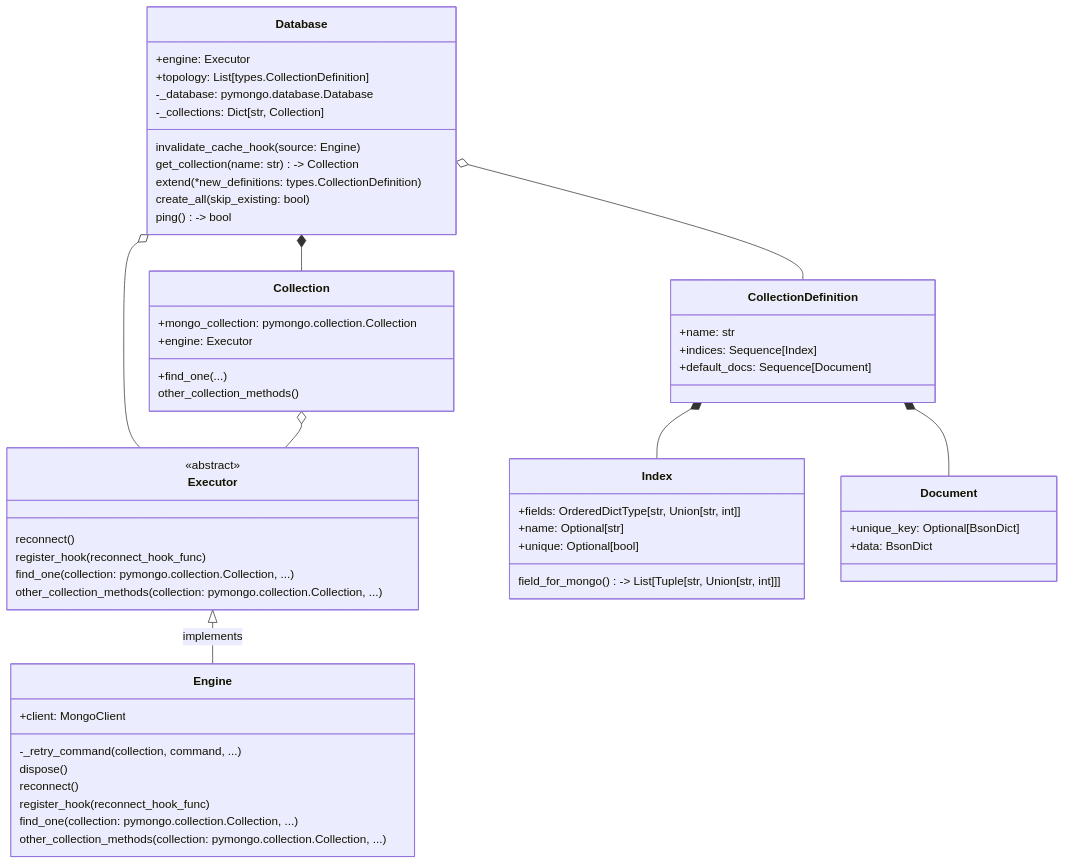
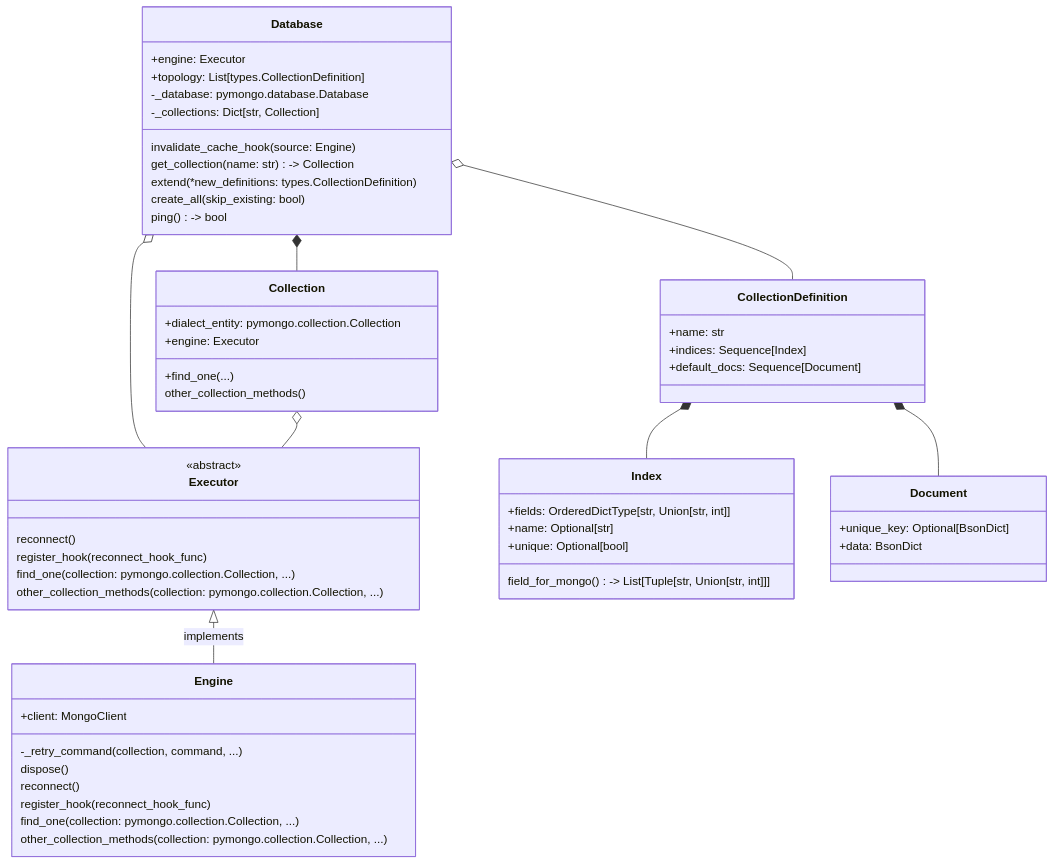
The diagram in README.md (Ryu-CZ/mongomancy), drawn with Mermaid before and after one commit. The commit also changed 5 other files, not shown here.

````diff
--- a/README.md
+++ b/README.md
@@ -13,65 +13,65 @@
 ```mermaid
     classDiagram
         Executor <|-- Engine : implements
         Database o-- Executor
         Database *-- Collection
         Database o-- CollectionDefinition
         Collection o-- Executor
         CollectionDefinition *-- Index
         CollectionDefinition *-- Document
         
         class Executor{
             <<abstract>>
             reconnect()
             register_hook(reconnect_hook_func)
             find_one(collection: pymongo.collection.Collection, ...)
             other_collection_methods(collection: pymongo.collection.Collection, ...)
         }
         
         class Engine{
             +client: MongoClient
             -_retry_command(collection, command, ...)
             dispose()
             reconnect()
             register_hook(reconnect_hook_func)
             find_one(collection: pymongo.collection.Collection, ...)
             other_collection_methods(collection: pymongo.collection.Collection, ...)
         }
     
         class Collection{
-            +mongo_collection: pymongo.collection.Collection
+            +dialect_entity: pymongo.collection.Collection
             +engine: Executor
             +find_one(...)
             other_collection_methods()
         }
         
         class Document{
             +unique_key: Optional[BsonDict]
             +data: BsonDict
         }
     
         class CollectionDefinition{
             +name: str
             +indices: Sequence[Index]
             +default_docs: Sequence[Document]
         }
     
         class Index{
             +fields: OrderedDictType[str, Union[str, int]]
             +name: Optional[str]
             +unique: Optional[bool]
             field_for_mongo() -> List[Tuple[str, Union[str, int]]]
         }
     
         class Database{
             +engine: Executor
             +topology: List[types.CollectionDefinition]
             -_database: pymongo.database.Database
             -_collections: Dict[str, Collection]
             invalidate_cache_hook(source: Engine) 
             get_collection(name: str) -> Collection
             extend(*new_definitions: types.CollectionDefinition)
             create_all(skip_existing: bool)
             ping() -> bool
         }
 ```
````
